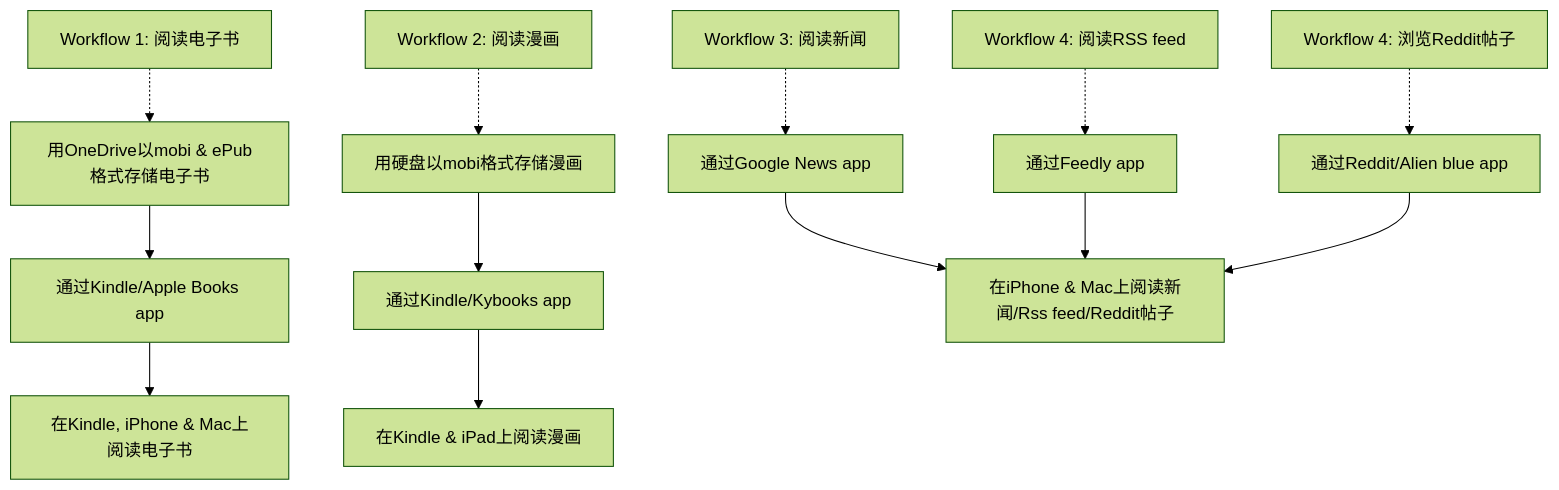
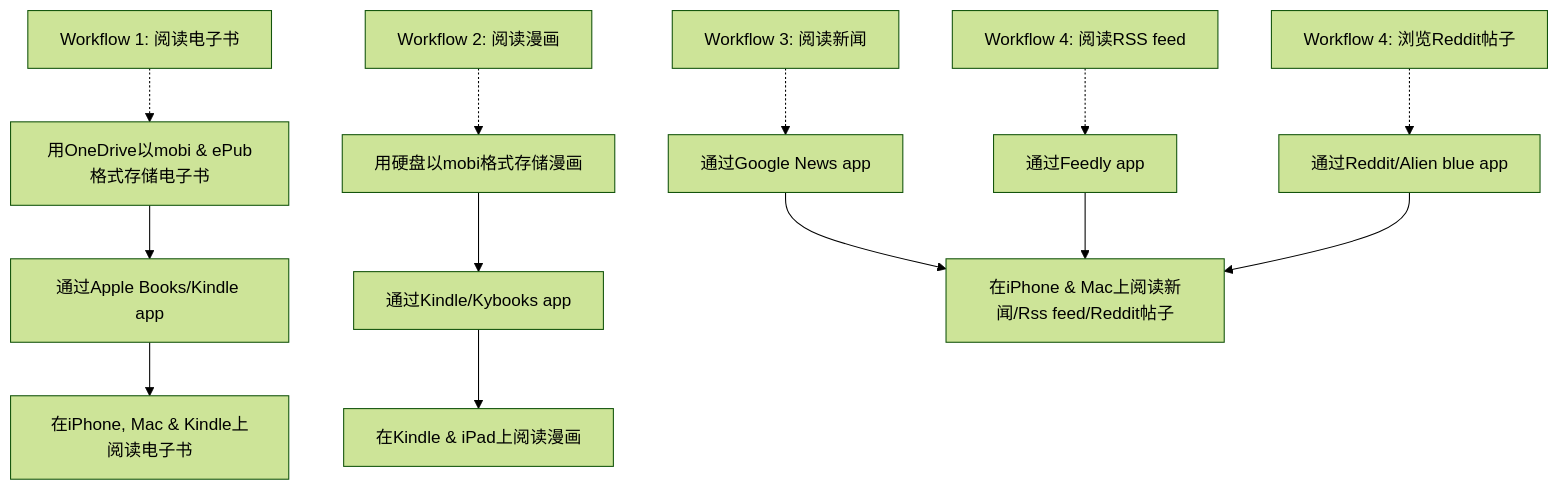
Before and after one commit to goooooouwa/writings: the diagram in _posts/productivity/2021-03-28-reading-setup.md, drawn with Mermaid (forest theme).

```diff
--- a/_posts/productivity/2021-03-28-reading-setup.md
+++ b/_posts/productivity/2021-03-28-reading-setup.md
@@ -7,26 +7,26 @@
 <div class="mermaid">
     graph TD
     T1[Workflow 1: 阅读电子书] -.-> A
 
     A[用OneDrive以mobi & ePub格式存储电子书]
-    A --> F[通过Kindle/Apple Books app]
-    F --> C[在Kindle, iPhone & Mac上阅读电子书]
+    A --> F[通过Apple Books/Kindle app]
+    F --> C[在iPhone, Mac & Kindle上阅读电子书]
 
     T2[Workflow 2: 阅读漫画] -.-> B
 
     B[用硬盘以mobi格式存储漫画]
     B --> E[通过Kindle/Kybooks app]
     E --> I[在Kindle & iPad上阅读漫画]
 
     T3[Workflow 3: 阅读新闻] -.-> G
     G[通过Google News app]
     G --> H[在iPhone & Mac上阅读新闻/Rss feed/Reddit帖子]
 
     T4[Workflow 4: 阅读RSS feed] -.-> J
     J[通过Feedly app]
     J --> H
 
     T5[Workflow 4: 浏览Reddit帖子] -.-> L
     L[通过Reddit/Alien blue app]
     L --> H
 </div>
```
